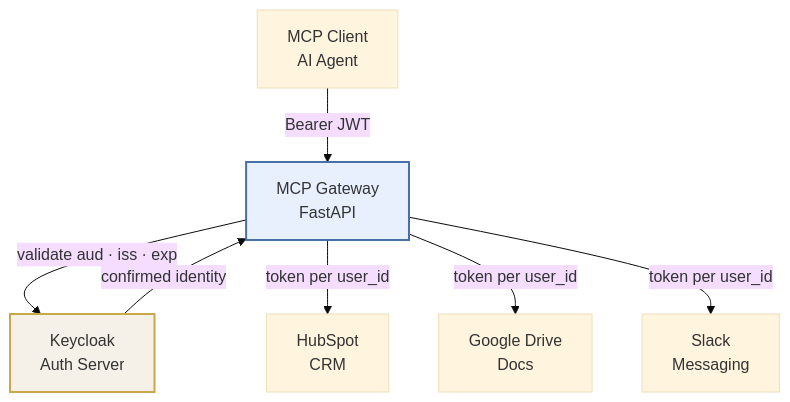
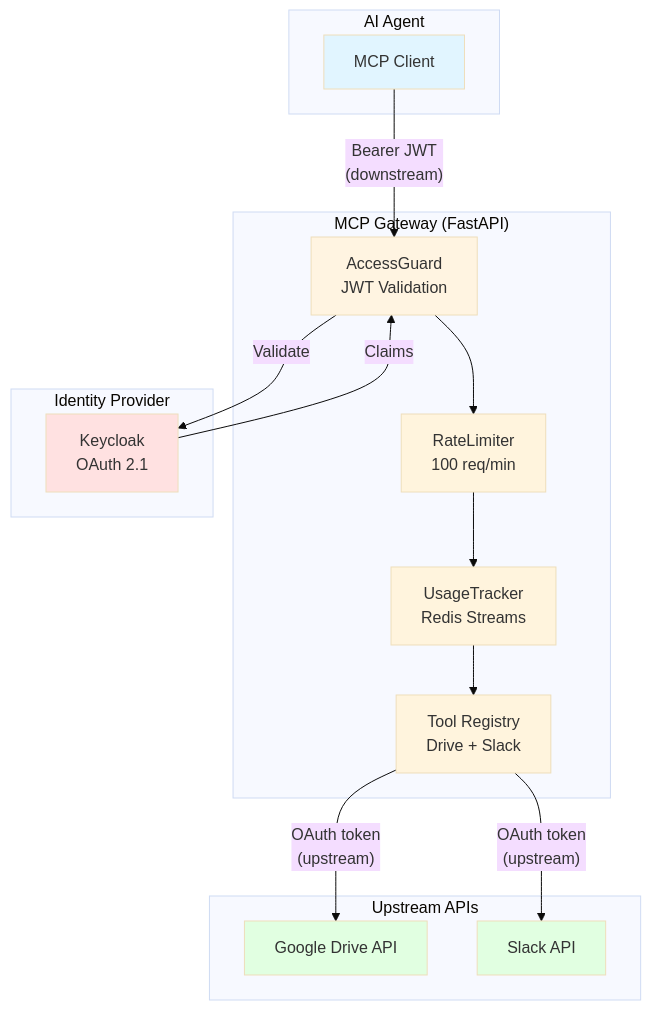
One commit to XxTeosxX/mcp-agent-gateway changed the diagram in README.md. Above: the diagram before and after it, drawn with Mermaid (base theme). The commit also changed other lines of this file and 19 other files, not shown here.

````diff
--- a/README.md
+++ b/README.md
@@ -71,14 +19,35 @@
 ```mermaid
 graph TB
-    A[MCP Client<br>AI Agent] -->|Bearer JWT| B[MCP Gateway<br>FastAPI]
-
-    B -->|validate aud · iss · exp| C[Keycloak<br>Auth Server]
-    C -->|confirmed identity| B
-
-    B -->|token per user_id| D[HubSpot<br>CRM]
-    B -->|token per user_id| E[Google Drive<br>Docs]
-    B -->|token per user_id| F[Slack<br>Messaging]
-
-    style C fill:#f5f0e8,stroke:#c9a84c,stroke-width:2px
-    style B fill:#e8f0fe,stroke:#4a6fa5,stroke-width:2px
+    subgraph "AI Agent"
+        A[MCP Client]
+    end
+    
+    subgraph "MCP Gateway (FastAPI)"
+        B[AccessGuard<br/>JWT Validation]
+        C[RateLimiter<br/>100 req/min]
+        D[UsageTracker<br/>Redis Streams]
+        E[Tool Registry<br/>Drive + Slack]
+    end
+    
+    subgraph "Identity Provider"
+        F[Keycloak<br/>OAuth 2.1]
+    end
+    
+    subgraph "Upstream APIs"
+        G[Google Drive API]
+        H[Slack API]
+    end
+    
+    A -->|"Bearer JWT<br/>(downstream)"| B
+    B -->|"Validate"| F
+    F -->|"Claims"| B
+    B --> C --> D --> E
+    E -->|"OAuth token<br/>(upstream)"| G
+    E -->|"OAuth token<br/>(upstream)"| H
+    
+    style A fill:#e1f5ff
+    style B fill:#fff4e1
+    style F fill:#ffe1e1
+    style G fill:#e1ffe1
+    style H fill:#e1ffe1
 ```
````
